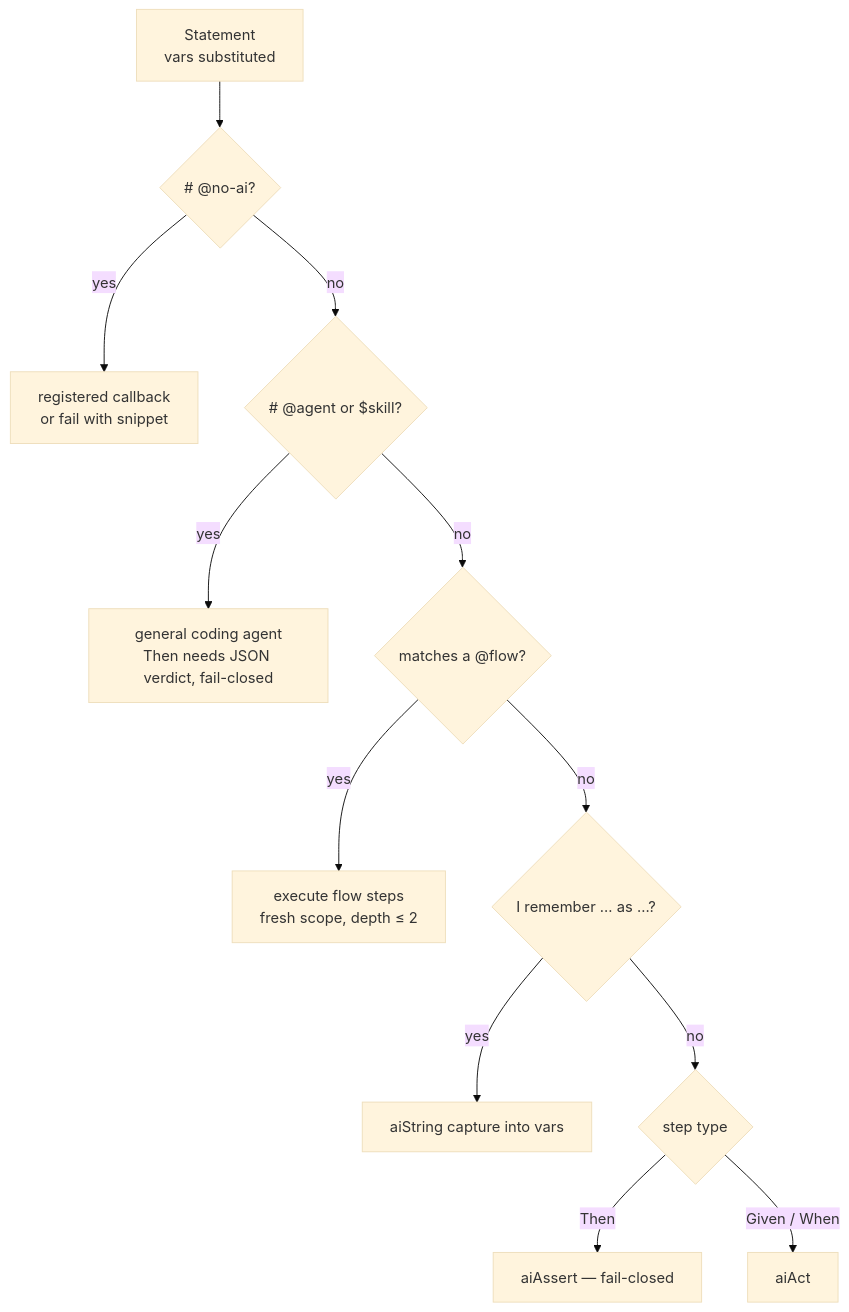
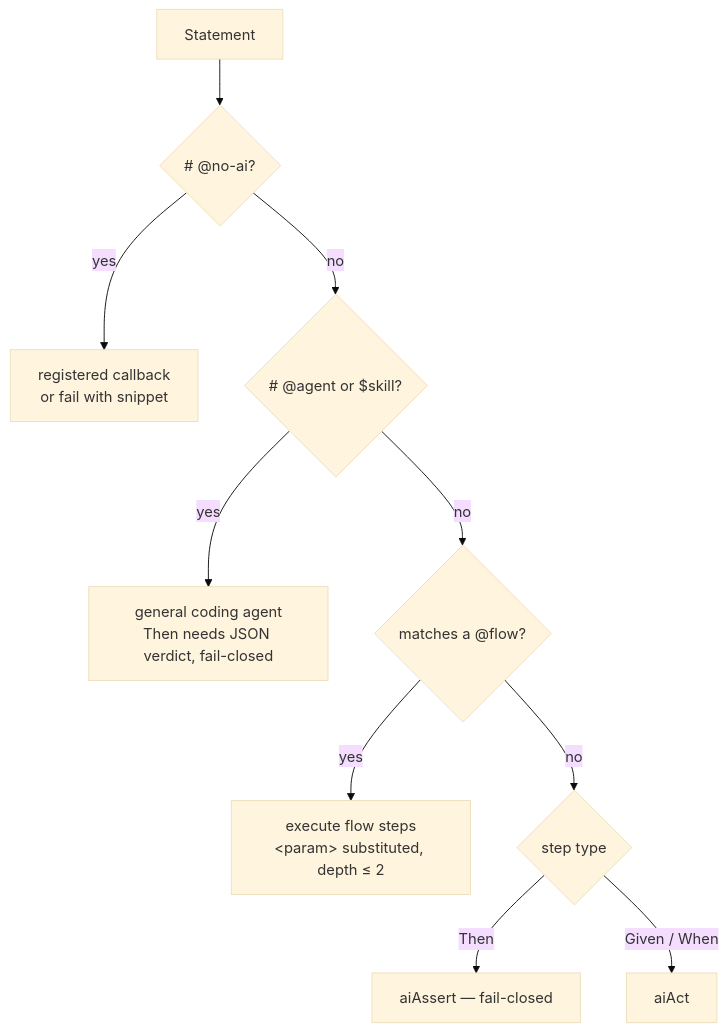
One commit to web-infra-dev/midscene changed the diagram in packages/bdd/README.md. Above: the diagram before and after it, drawn with Mermaid (base theme). The commit also changed other lines of this file and 24 other files, not shown here.

````diff
--- a/packages/bdd/README.md
+++ b/packages/bdd/README.md
@@ -230,14 +222,12 @@
 ```mermaid
 flowchart TD
-    S[Statement<br/>vars substituted] --> A{"# @no-ai?"}
+    S[Statement] --> A{"# @no-ai?"}
     A -- yes --> CB[registered callback<br/>or fail with snippet]
     A -- no --> B{"# @agent or $skill?"}
     B -- yes --> GA[general coding agent<br/>Then needs JSON verdict, fail-closed]
     B -- no --> C{matches a @flow?}
-    C -- yes --> FL[execute flow steps<br/>fresh scope, depth ≤ 2]
-    C -- no --> D{"I remember ... as ...?"}
-    D -- yes --> CAP[aiString capture into vars]
-    D -- no --> E{step type}
+    C -- yes --> FL[execute flow steps<br/>&lt;param&gt; substituted, depth ≤ 2]
+    C -- no --> E{step type}
     E -- Then --> AS[aiAssert — fail-closed]
     E -- Given / When --> ACT[aiAct]
 ```
````
